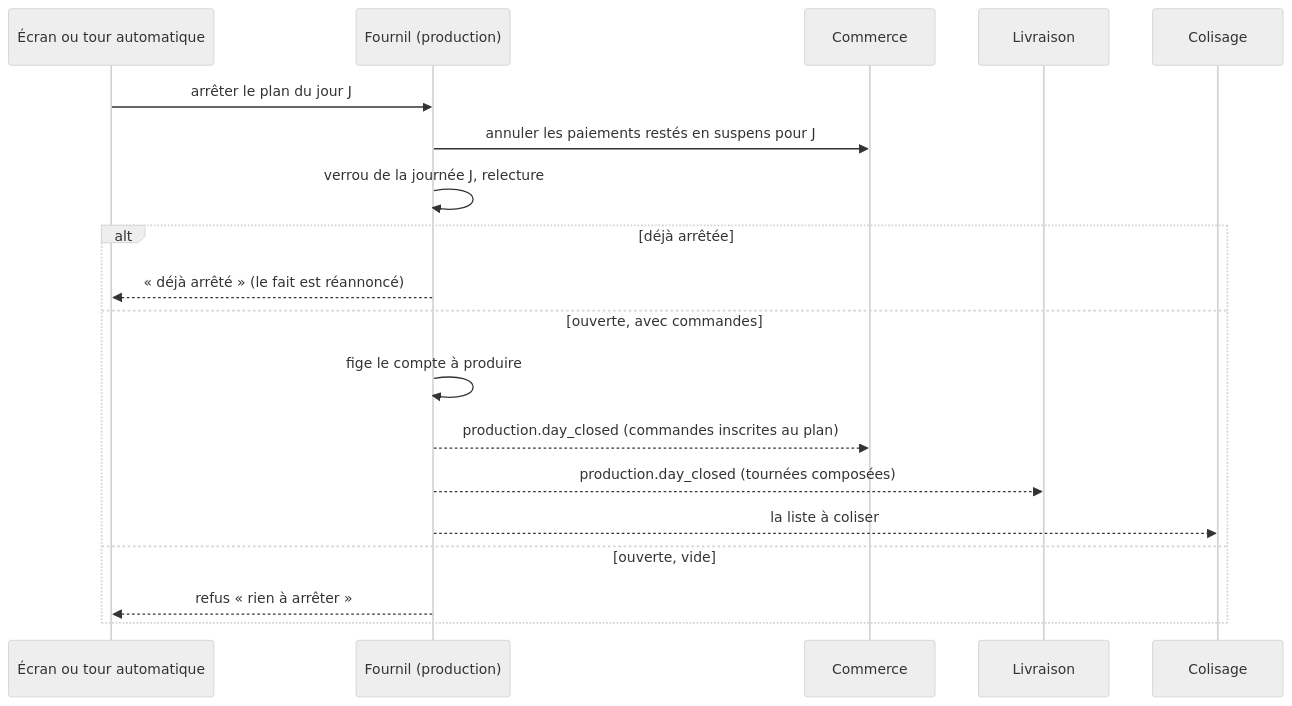
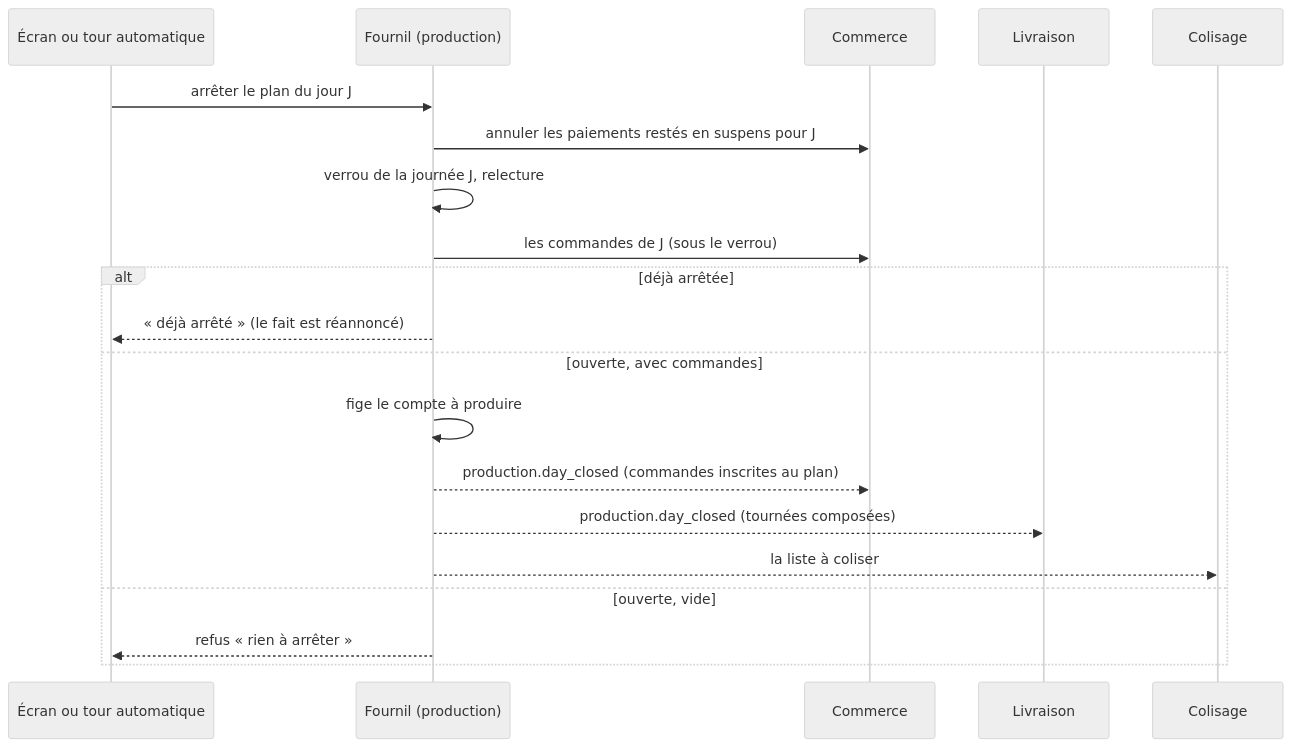
Before and after one commit to hugoheynard/lfd: the first of 2 diagrams in documentation/fournil/arret-du-plan.md, drawn with Mermaid (neutral theme). The commit also changed other lines of this file and 12 other files, not shown here.

First line of the commit message:
fix(fournil): l’arrêt du plan et le retirage lisent les commandes sous le verrou

````diff
--- a/documentation/fournil/arret-du-plan.md
+++ b/documentation/fournil/arret-du-plan.md
@@ -63,21 +63,22 @@
 ```mermaid
 sequenceDiagram
     participant É as Écran ou tour automatique
     participant F as Fournil (production)
     participant C as Commerce
     participant L as Livraison
     participant K as Colisage
     É->>F: arrêter le plan du jour J
     F->>C: annuler les paiements restés en suspens pour J
     F->>F: verrou de la journée J, relecture
+    F->>C: les commandes de J (sous le verrou)
     alt déjà arrêtée
         F-->>É: « déjà arrêté » (le fait est réannoncé)
     else ouverte, avec commandes
         F->>F: fige le compte à produire
         F-->>C: production.day_closed (commandes inscrites au plan)
         F-->>L: production.day_closed (tournées composées)
         F-->>K: la liste à coliser
     else ouverte, vide
         F-->>É: refus « rien à arrêter »
     end
 ```
````
